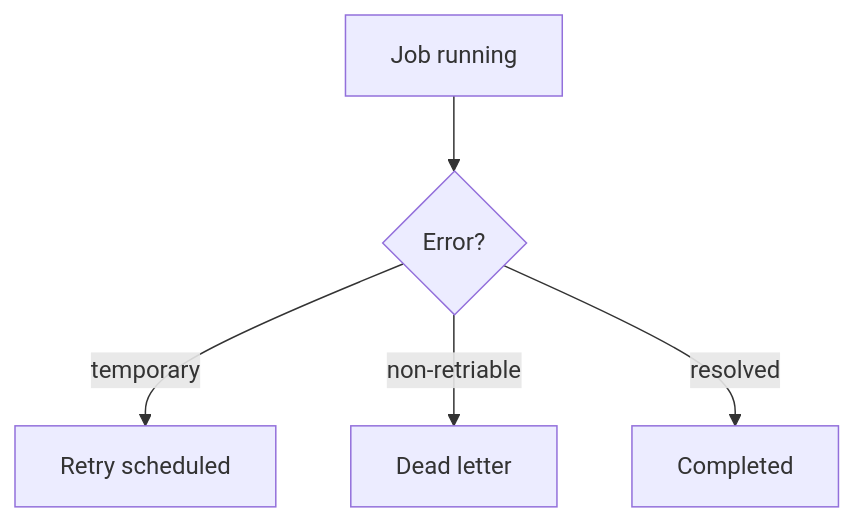
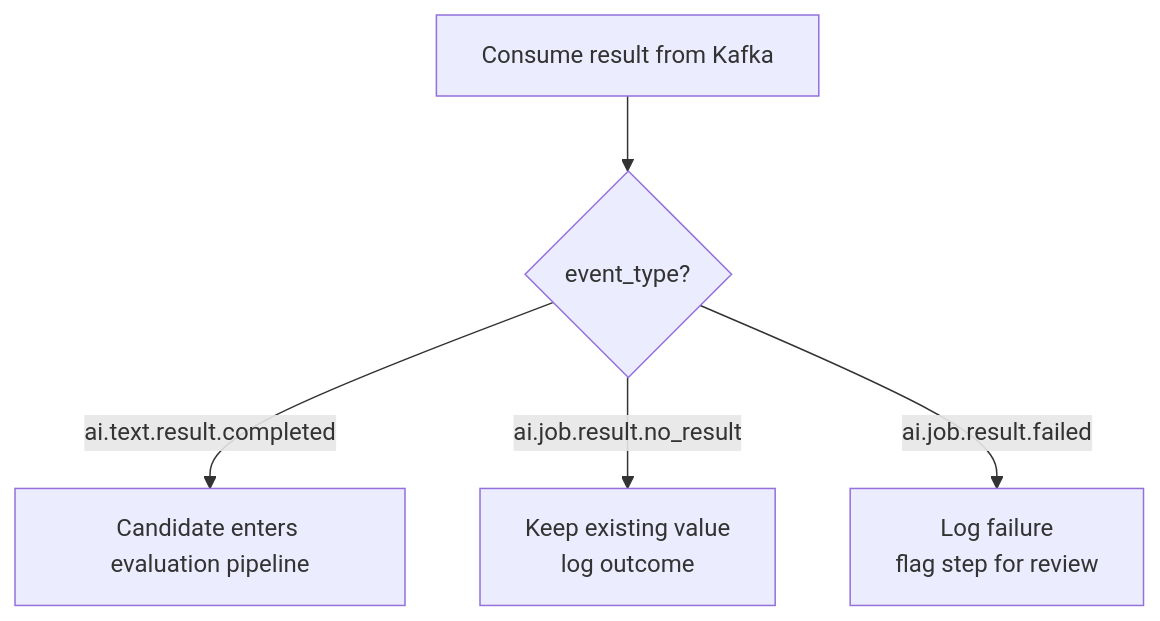
One commit to MafiaCoconut/Monstrino changed diagram 11 of 12 in monstrino-docs/docs/pipelines/data-ingestion/catalog-ingest/03-catalog-data-enricher.md. Above: the diagram before and after it, drawn with Mermaid. The commit also changed other lines of this file and 68 other files, not shown here.

````diff
--- a/monstrino-docs/docs/pipelines/data-ingestion/catalog-ingest/03-catalog-data-enricher.md
+++ b/monstrino-docs/docs/pipelines/data-ingestion/catalog-ingest/03-catalog-data-enricher.md
@@ -439,11 +450,9 @@
 ```mermaid
 flowchart TD
 
-A[Job running] --> B{Error?}
+A[Consume result from Kafka] --> B{event_type?}
 
-B -->|temporary| C[Retry scheduled]
-
-B -->|non-retriable| D[Dead letter]
-
-B -->|resolved| E[Completed]
+B -->|ai.text.result.completed| C[Candidate enters evaluation pipeline]
+B -->|ai.job.result.no_result| D[Keep existing value<br/>log outcome]
+B -->|ai.job.result.failed| E[Log failure<br/>flag step for review]
 ```
````
